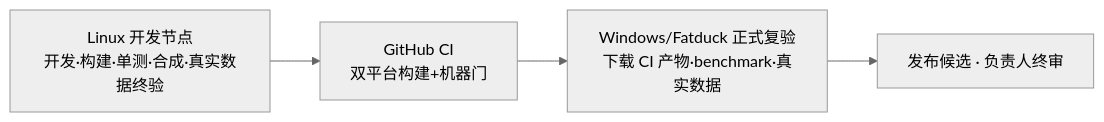
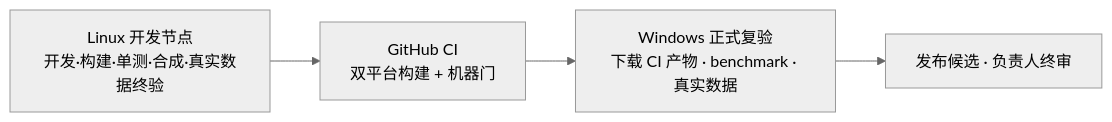
The tenth of 11 diagrams in ASTROCS_DESIGN.md (fujiaze/Astro-CS-Database), drawn with Mermaid (neutral theme) before and after one commit. The commit also changed other lines of this file and 4 other files, not shown here.

````diff
--- a/ASTROCS_DESIGN.md
+++ b/ASTROCS_DESIGN.md
@@ -1013,6 +539,6 @@
 ```mermaid
 flowchart LR
-    L["Linux 开发节点<br/>开发·构建·单测·合成·真实数据终验"] --> CI["GitHub CI<br/>双平台构建+机器门"]
-    CI --> W["Windows/Fatduck 正式复验<br/>下载 CI 产物·benchmark·真实数据"]
+    L["Linux 开发节点<br/>开发·构建·单测·合成·真实数据终验"] --> CI["GitHub CI<br/>双平台构建 + 机器门"]
+    CI --> W["Windows 正式复验<br/>下载 CI 产物 · benchmark · 真实数据"]
     W --> R["发布候选 · 负责人终审"]
 ```
````
